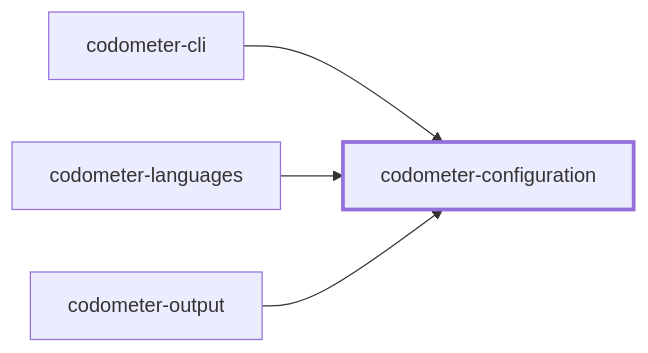
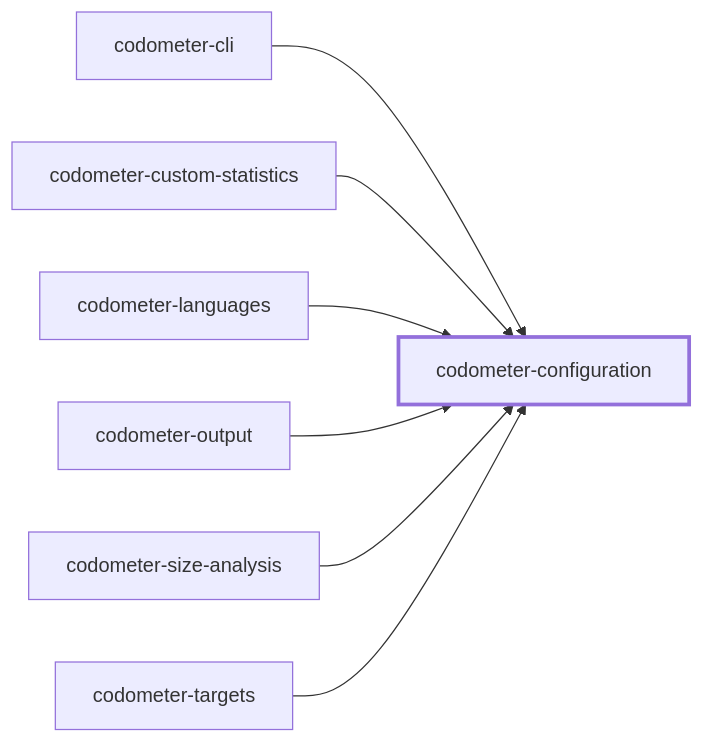
Before and after one commit to JimmyPaolini/codebase: the first of 2 diagrams in packages/codometer-configuration/README.md, drawn with Mermaid. The commit also changed 100 other files, not shown here.

````diff
--- a/packages/codometer-configuration/README.md
+++ b/packages/codometer-configuration/README.md
@@ -389,12 +389,18 @@
 ```mermaid
 flowchart LR
   codometer_cli["codometer-cli"]
   codometer_configuration["codometer-configuration"]
+  codometer_custom_statistics["codometer-custom-statistics"]
   codometer_languages["codometer-languages"]
   codometer_output["codometer-output"]
+  codometer_size_analysis["codometer-size-analysis"]
+  codometer_targets["codometer-targets"]
   codometer_cli --> codometer_configuration
+  codometer_custom_statistics --> codometer_configuration
   codometer_languages --> codometer_configuration
   codometer_output --> codometer_configuration
+  codometer_size_analysis --> codometer_configuration
+  codometer_targets --> codometer_configuration
   classDef subject stroke-width:3px
   class codometer_configuration subject
 ```
````
